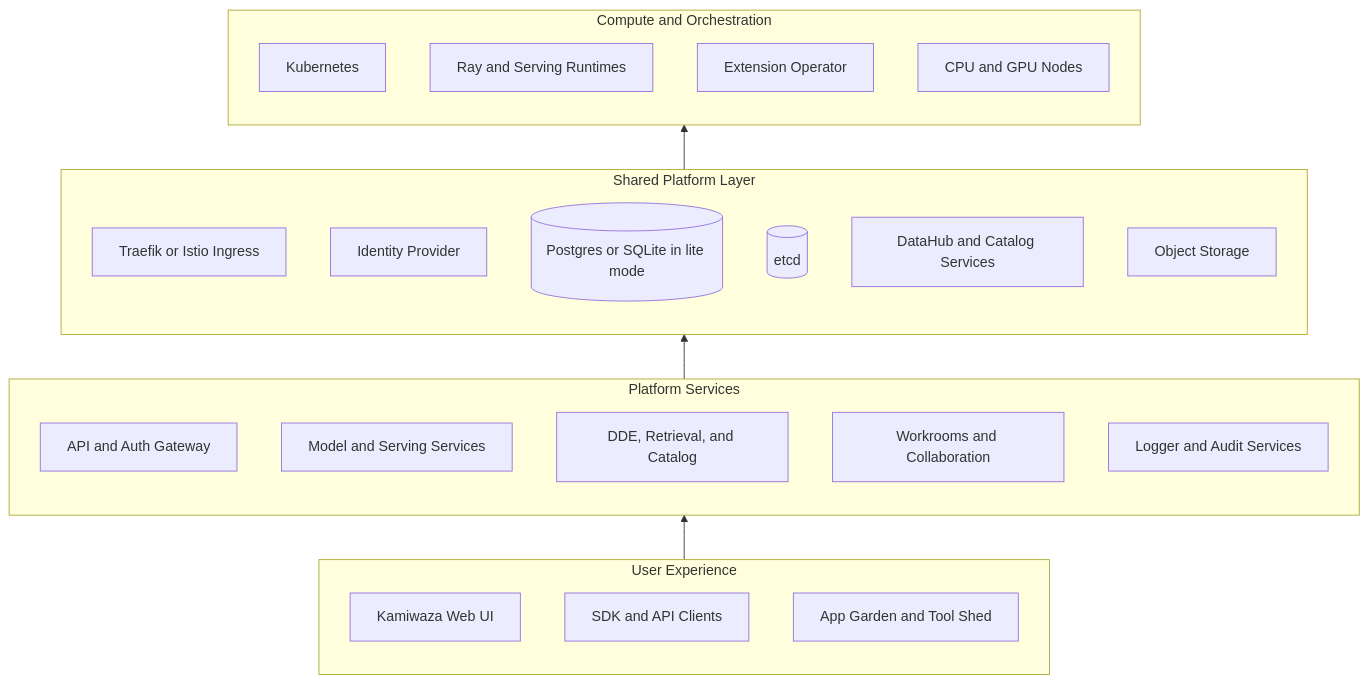
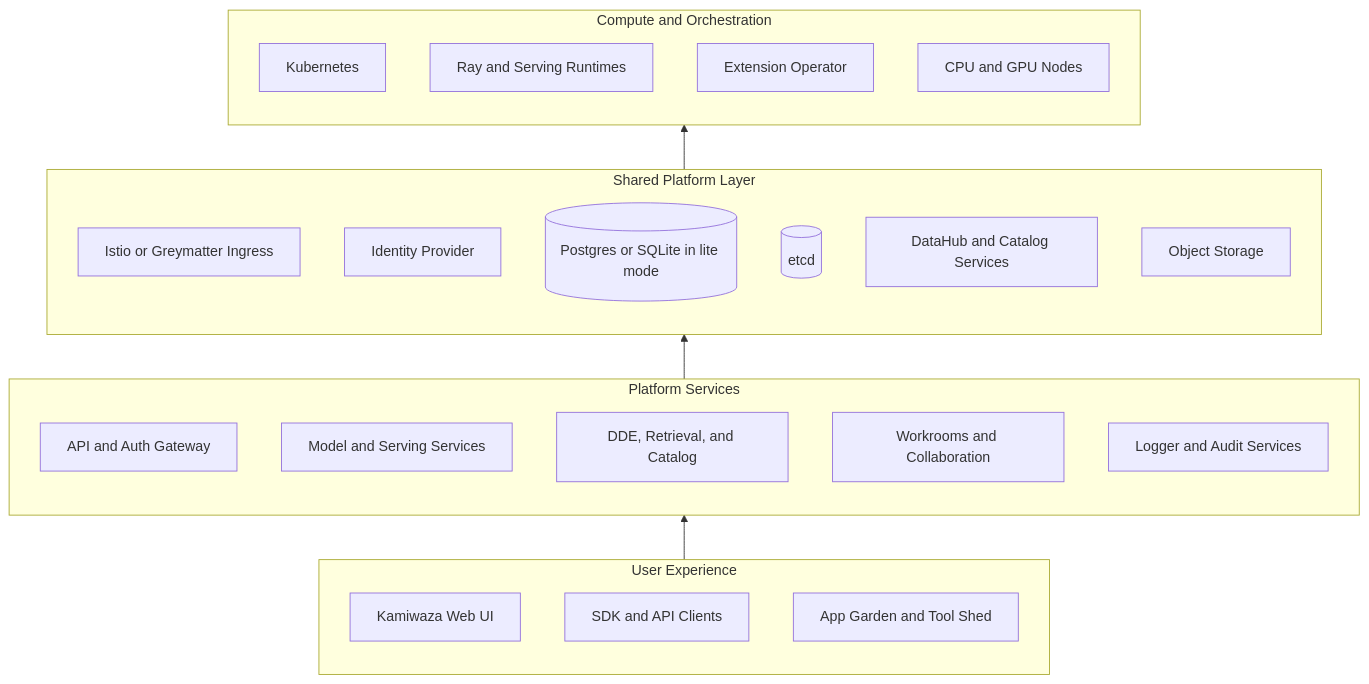
Before and after one commit to kamiwaza-ai/kamiwaza-docs: the diagram in docs/docs/architecture/overview.md, drawn with Mermaid. The commit also changed other lines of this file and 4 other files, not shown here.

````diff
--- a/docs/docs/architecture/overview.md
+++ b/docs/docs/architecture/overview.md
@@ -11,36 +11,36 @@
 ```mermaid
 flowchart BT
     subgraph Experience[User Experience]
         Frontend[Kamiwaza Web UI]
         SDK[SDK and API Clients]
         Gardens[App Garden and Tool Shed]
     end
 
     subgraph Services[Platform Services]
         Gateway[API and Auth Gateway]
         Models[Model and Serving Services]
         Data[DDE, Retrieval, and Catalog]
         Workrooms[Workrooms and Collaboration]
         Logger[Logger and Audit Services]
     end
 
     subgraph Platform[Shared Platform Layer]
-        Routing[Traefik or Istio Ingress]
+        Routing[Istio or Greymatter Ingress]
         IdP[Identity Provider]
         Postgres[(Postgres or SQLite in lite mode)]
         Etcd[(etcd)]
         DataHub[DataHub and Catalog Services]
         Storage[Object Storage]
     end
 
     subgraph Compute[Compute and Orchestration]
         Kubernetes[Kubernetes]
         Ray[Ray and Serving Runtimes]
         Extensions[Extension Operator]
         Nodes[CPU and GPU Nodes]
     end
 
     Experience --> Services
     Services --> Platform
     Platform --> Compute
 ```
````
